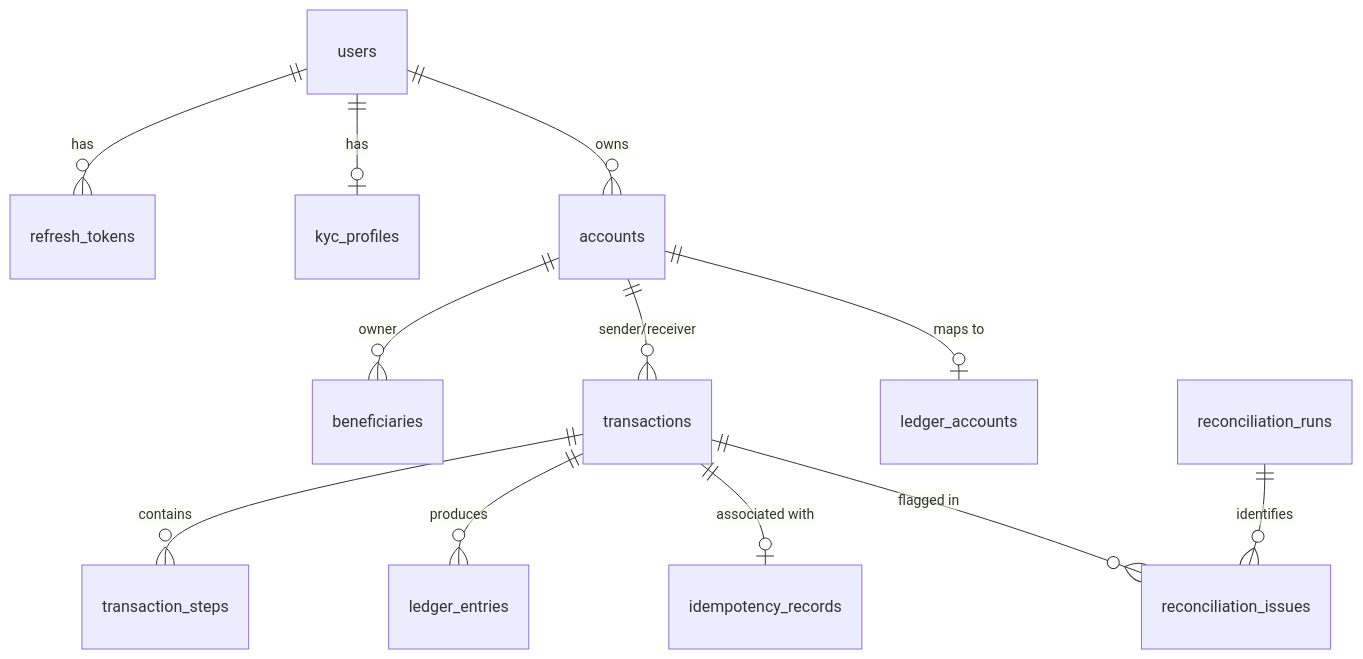
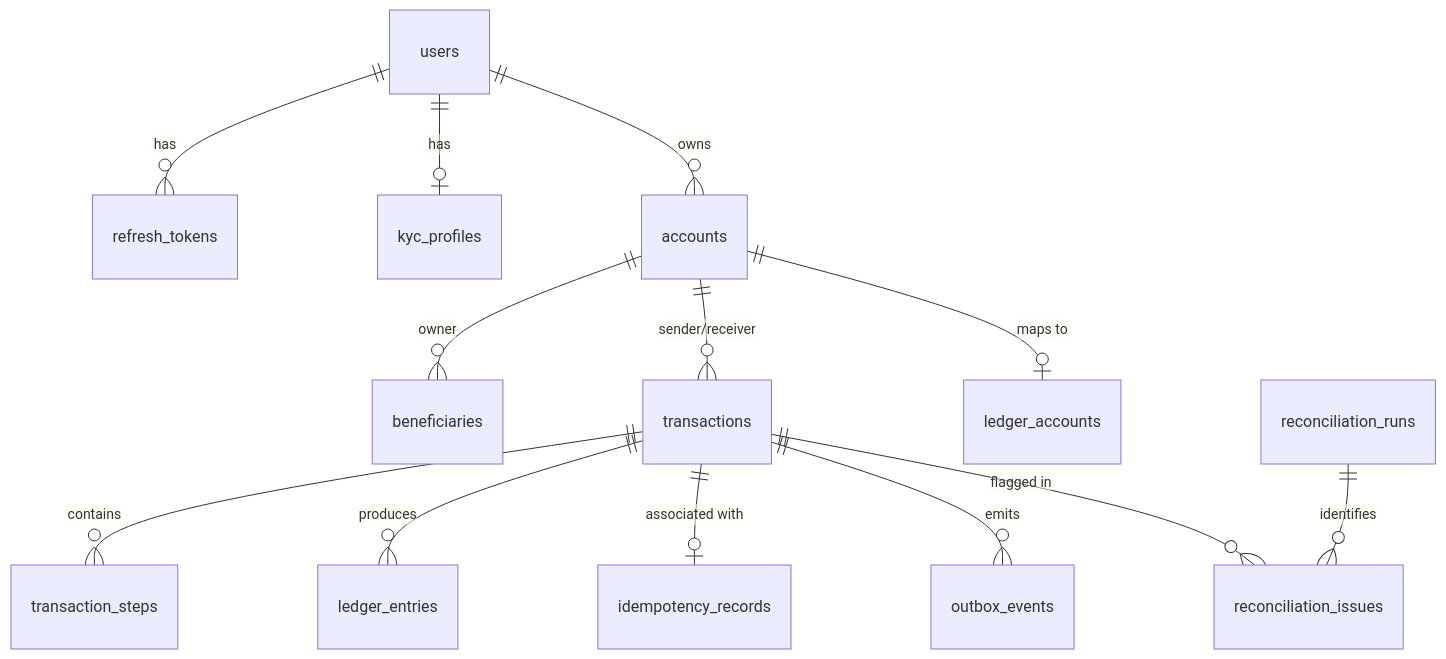
One commit to biswajit-2005/atomic-pay-core-microservices changed the diagram in docs/database.md. Above: the diagram before and after it, drawn with Mermaid. The commit also changed other lines of this file and 6 other files, not shown here.

Commit message:
docs: complete Phase 13 documentation suite (README, architecture, database ERD, sequence diagrams, failure recovery, API spec, demo script)

````diff
--- a/docs/database.md
+++ b/docs/database.md
@@ -17,17 +19,18 @@
 ```mermaid
 erDiagram
     users ||--o{ refresh_tokens : "has"
     users ||--o| kyc_profiles : "has"
     users ||--o{ accounts : "owns"
     
     accounts ||--o{ beneficiaries : "owner"
     accounts ||--o{ transactions : "sender/receiver"
     accounts ||--o| ledger_accounts : "maps to"
     
     transactions ||--o{ transaction_steps : "contains"
     transactions ||--o{ ledger_entries : "produces"
     transactions ||--o| idempotency_records : "associated with"
+    transactions ||--o{ outbox_events : "emits"
     transactions ||--o{ reconciliation_issues : "flagged in"
     
     reconciliation_runs ||--o{ reconciliation_issues : "identifies"
 ```
````
